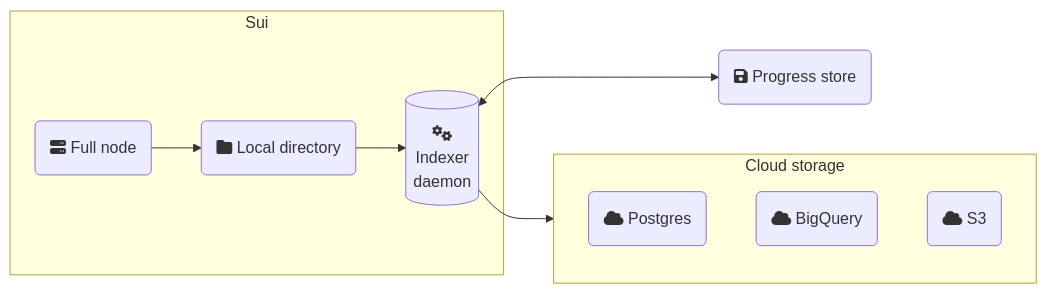
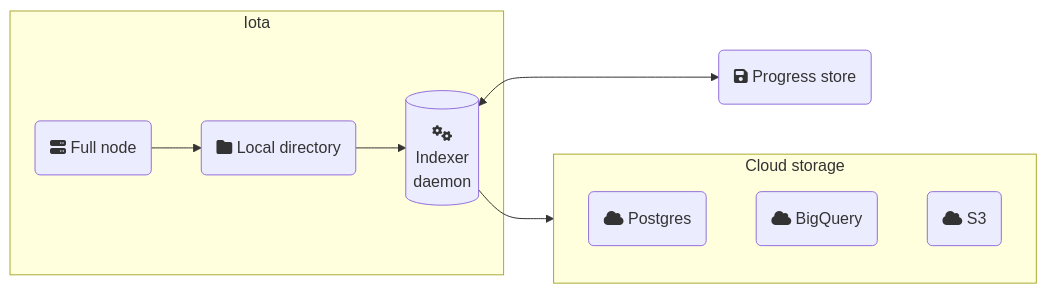
One commit to rafnixschaf/iota changed the second of 2 diagrams in docs/content/guides/developer/advanced/custom-indexer.mdx. Above: the diagram before and after it, drawn with Mermaid. The commit also changed other lines of this file and 9958 other files, not shown here.

````diff
--- a/docs/content/guides/developer/advanced/custom-indexer.mdx
+++ b/docs/content/guides/developer/advanced/custom-indexer.mdx
@@ -64,17 +64,17 @@
 ```mermaid
 flowchart LR
-  subgraph Sui
+  subgraph Iota
     A("fa:fa-server Full node");
     A-->B("fa:fa-folder Local directory");
     B-->C[("fa:fa-gears
     Indexer
     daemon")];
   end
   subgraph cloud[Cloud storage]
     pg(fa:fa-cloud Postgres);
     bq(fa:fa-cloud BigQuery);
     s1(fa:fa-cloud S3);
   end
   C-->cloud;
   C<-->D("fa:fa-floppy-disk Progress store");
 ```
````
